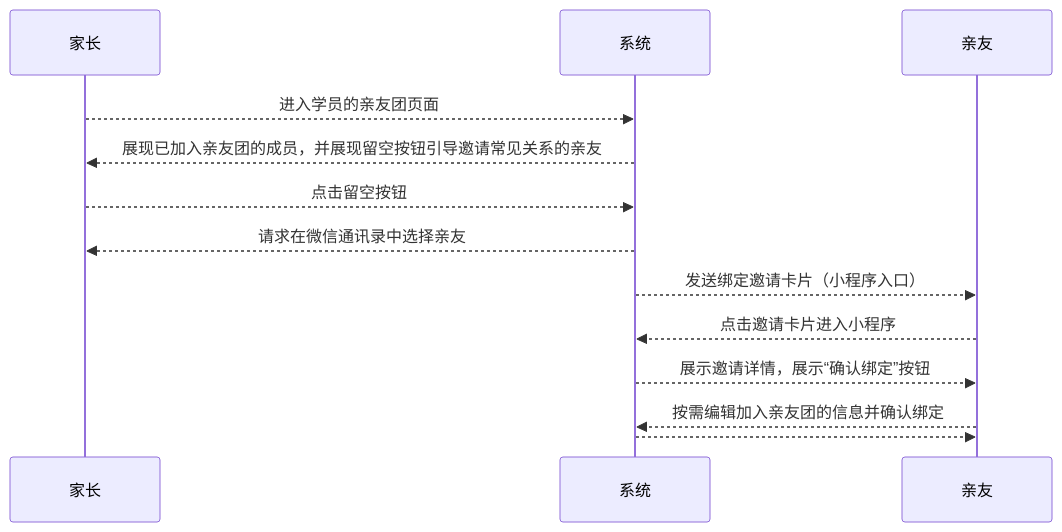
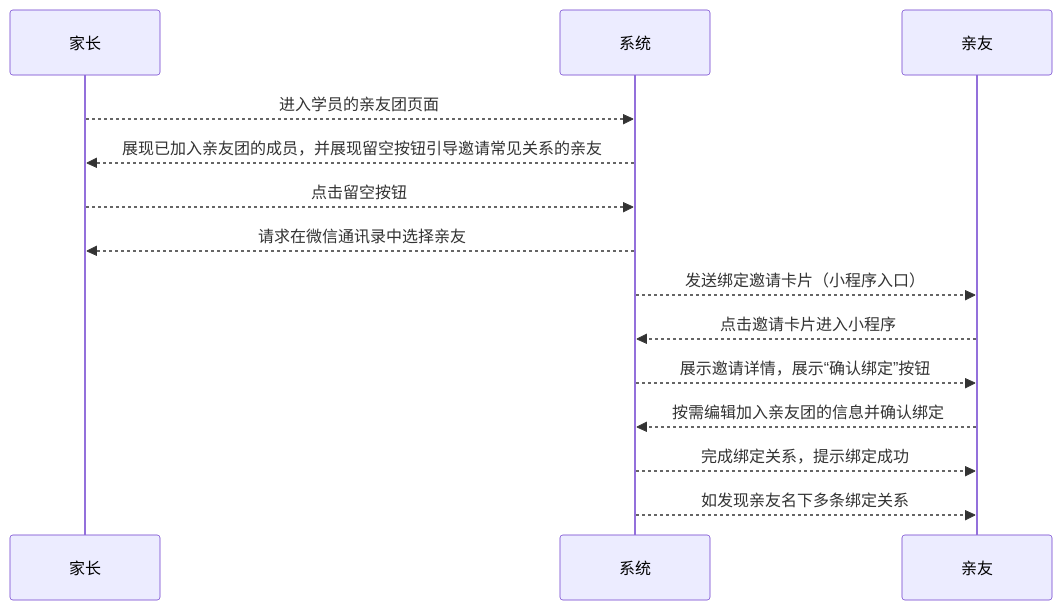
One commit to world-wide-web/sign changed the first of 2 diagrams in 用例/家长-学员关系绑定.md. Above: the diagram before and after it, drawn with Mermaid. The commit also changed other lines of this file, not shown here.

Commit message:
用例/家长-学员关系绑定.md updated from https://stackedit.io/

````diff
--- a/用例/家长-学员关系绑定.md
+++ b/用例/家长-学员关系绑定.md
@@ -10,22 +10,24 @@
 ```mermaid
 sequenceDiagram
 
 家长-->>系统: 进入学员的亲友团页面
 
 系统-->>家长: 展现已加入亲友团的成员，并展现留空按钮引导邀请常见关系的亲友
 
 家长-->>系统: 点击留空按钮
 
 系统-->>家长: 请求在微信通讯录中选择亲友
 
 系统-->>亲友: 发送绑定邀请卡片（小程序入口）
 
 亲友-->>系统: 点击邀请卡片进入小程序
 
 系统-->>亲友: 展示邀请详情，展示“确认绑定”按钮
 
 亲友-->>系统: 按需编辑加入亲友团的信息并确认绑定
 
-系统-->>亲友: 
+系统-->>亲友: 完成绑定关系，提示绑定成功
+
+系统-->>亲友: 如发现亲友名下多条绑定关系
 
 ```
````
